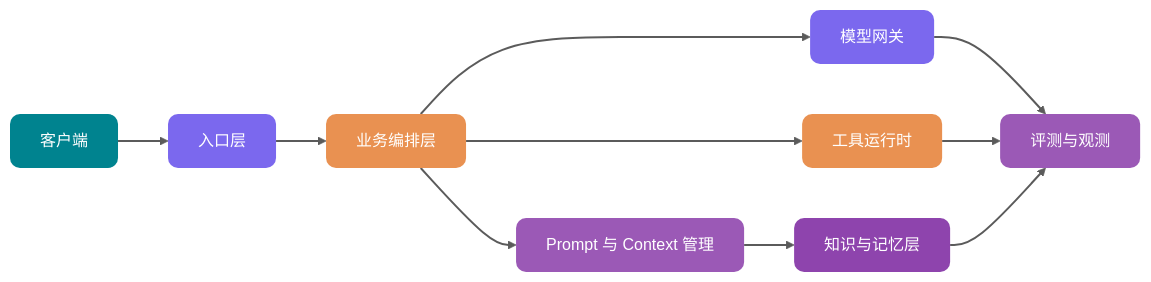
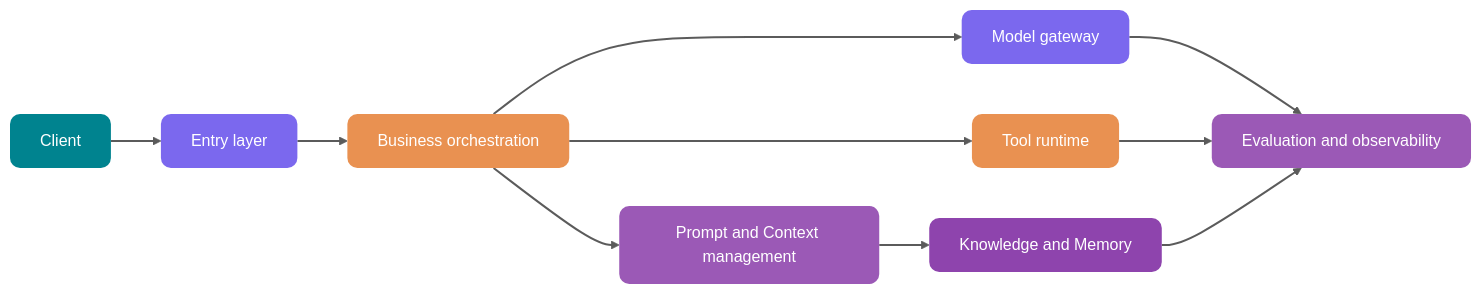
One commit to m3h3d1/JavaGuideEn changed the diagram in docs/ai/system-design/ai-application-architecture.md. Above: the diagram before and after it, drawn with Mermaid (neutral theme). The commit also changed other lines of this file and 108 other files, not shown here.

````diff
--- a/docs/ai/system-design/ai-application-architecture.md
+++ b/docs/ai/system-design/ai-application-architecture.md
@@ -52,27 +52,27 @@
 ```mermaid
 flowchart LR
-    Client[客户端]:::client
-    Entry[入口层]:::gateway
-    Orchestrator[业务编排层]:::business
-    ContextHub[Prompt 与 Context 管理]:::infra
-    Gateway[模型网关]:::gateway
-    Knowledge[知识与记忆层]:::storage
-    Tools[工具运行时]:::business
-    EvalObs[评测与观测]:::infra
+    Client[Client]:::client
+    Entry[Entry layer]:::gateway
+    Orchestrator[Business orchestration]:::business
+    ContextHub[Prompt and Context management]:::infra
+    Gateway[Model gateway]:::gateway
+    Knowledge[Knowledge and Memory]:::storage
+    Tools[Tool runtime]:::business
+    EvalObs[Evaluation and observability]:::infra
 
     Client --> Entry --> Orchestrator
     Orchestrator --> ContextHub
     ContextHub --> Knowledge
     Orchestrator --> Tools
     Orchestrator --> Gateway
     Gateway --> EvalObs
     Tools --> EvalObs
     Knowledge --> EvalObs
 
     classDef gateway fill:#7B68EE,color:#FFFFFF,stroke:none,rx:10,ry:10
     classDef business fill:#E99151,color:#FFFFFF,stroke:none,rx:10,ry:10
     classDef infra fill:#9B59B6,color:#FFFFFF,stroke:none,rx:10,ry:10
     classDef client fill:#00838F,color:#FFFFFF,stroke:none,rx:10,ry:10
     classDef storage fill:#8E44AD,color:#FFFFFF,stroke:none,rx:10,ry:10
     linkStyle default stroke-width:2px,stroke:#333333,opacity:0.8
 ```
````
